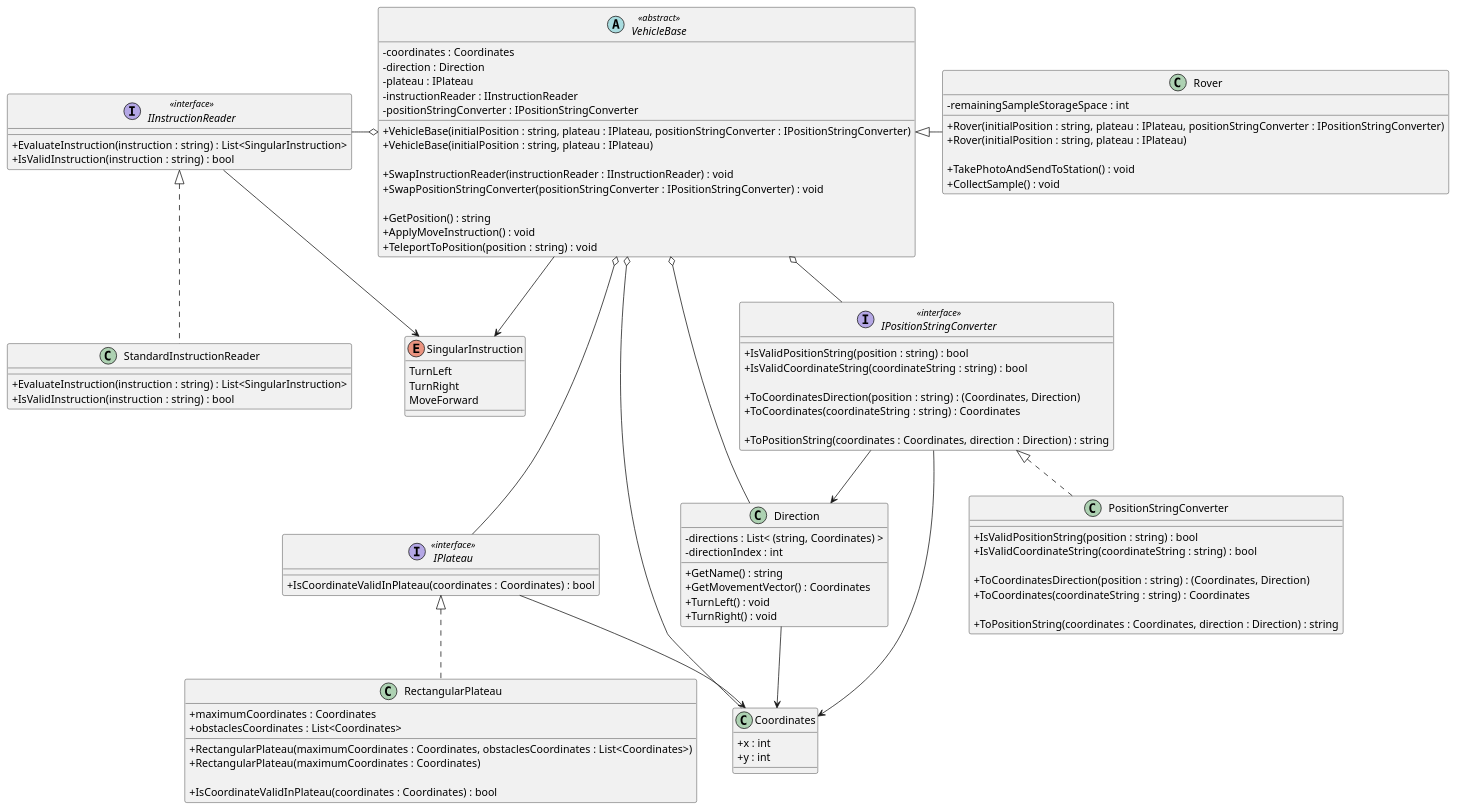
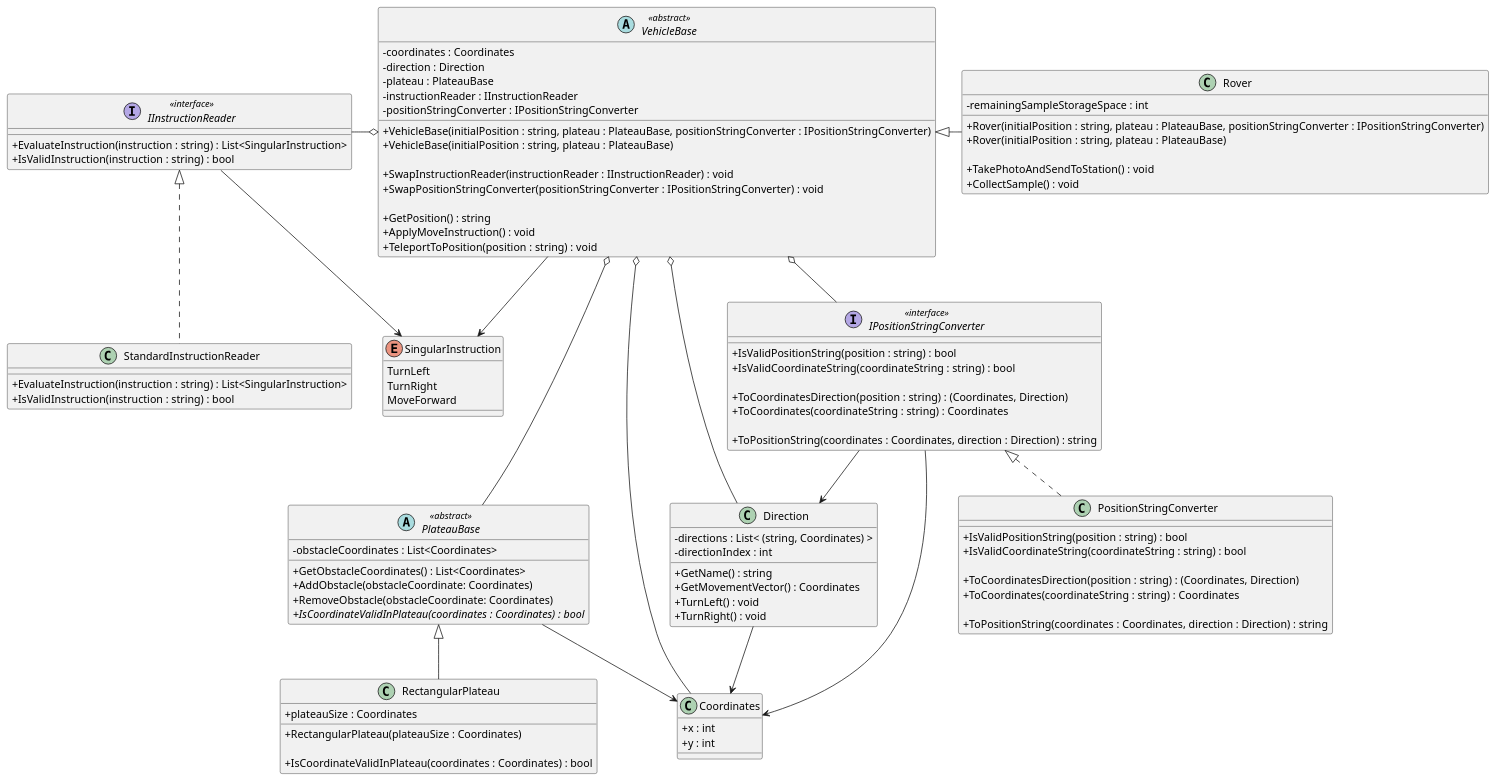
The diagram in puml/MarsRoverChallenge.puml (iamfranco/MarsRoverChallenge), drawn with PlantUML before and after one commit. The commit also changed 1 other file, not shown here.

Commit message:
UML: change IPlateau from interface to abstract class, and move obstacle related members into it

```diff
--- a/puml/MarsRoverChallenge.puml
+++ b/puml/MarsRoverChallenge.puml
@@ -1,129 +1,132 @@
 @startuml "Mars Rover Challenge"
 skinparam classAttributeIconSize 0
 
 interface IInstructionReader <<interface>>
 {
   + EvaluateInstruction(instruction : string) : List<SingularInstruction>
   + IsValidInstruction(instruction : string) : bool
 }
 
 enum SingularInstruction
 {
   TurnLeft
   TurnRight
   MoveForward
 }
 
 class StandardInstructionReader
 {
   + EvaluateInstruction(instruction : string) : List<SingularInstruction>
   + IsValidInstruction(instruction : string) : bool
 }
 
-interface IPlateau <<interface>>
+abstract PlateauBase <<abstract>>
 {
-  + IsCoordinateValidInPlateau(coordinates : Coordinates) : bool
+  - obstacleCoordinates : List<Coordinates>
+
+  + GetObstacleCoordinates() : List<Coordinates>
+  + AddObstacle(obstacleCoordinate: Coordinates)
+  + RemoveObstacle(obstacleCoordinate: Coordinates)
+  {abstract} + IsCoordinateValidInPlateau(coordinates : Coordinates) : bool
 }
 
 class RectangularPlateau
 {
-  + maximumCoordinates : Coordinates
-  + obstaclesCoordinates : List<Coordinates>
+  + plateauSize : Coordinates
 
-  + RectangularPlateau(maximumCoordinates : Coordinates, obstaclesCoordinates : List<Coordinates>)
-  + RectangularPlateau(maximumCoordinates : Coordinates)
+  + RectangularPlateau(plateauSize : Coordinates)
 
   + IsCoordinateValidInPlateau(coordinates : Coordinates) : bool
 }
 
 class Coordinates
 {
   + x : int
   + y : int
 }
 
 class Direction
 {
   - directions : List< &#40;string, Coordinates&#41; >
   - directionIndex : int
 
   + GetName() : string
   + GetMovementVector() : Coordinates
   + TurnLeft() : void
   + TurnRight() : void
 }
 
 interface IPositionStringConverter <<interface>>
 {
   + IsValidPositionString(position : string) : bool
   + IsValidCoordinateString(coordinateString : string) : bool
 
   + ToCoordinatesDirection(position : string) : (Coordinates, Direction)
   + ToCoordinates(coordinateString : string) : Coordinates
 
   + ToPositionString(coordinates : Coordinates, direction : Direction) : string
 }
 
 class PositionStringConverter
 {
   + IsValidPositionString(position : string) : bool
   + IsValidCoordinateString(coordinateString : string) : bool
 
   + ToCoordinatesDirection(position : string) : (Coordinates, Direction)
   + ToCoordinates(coordinateString : string) : Coordinates
 
   + ToPositionString(coordinates : Coordinates, direction : Direction) : string
 }
 
 abstract VehicleBase <<abstract>>
 {
   - coordinates : Coordinates
   - direction : Direction
-  - plateau : IPlateau
+  - plateau : PlateauBase
   - instructionReader : IInstructionReader
   - positionStringConverter : IPositionStringConverter
 
-  + VehicleBase(initialPosition : string, plateau : IPlateau, positionStringConverter : IPositionStringConverter)
-  + VehicleBase(initialPosition : string, plateau : IPlateau)
+  + VehicleBase(initialPosition : string, plateau : PlateauBase, positionStringConverter : IPositionStringConverter)
+  + VehicleBase(initialPosition : string, plateau : PlateauBase)
 
   + SwapInstructionReader(instructionReader : IInstructionReader) : void
   + SwapPositionStringConverter(positionStringConverter : IPositionStringConverter) : void
   
   + GetPosition() : string
   + ApplyMoveInstruction() : void
   + TeleportToPosition(position : string) : void
 }
 
 class Rover
 {
   - remainingSampleStorageSpace : int
 
-  + Rover(initialPosition : string, plateau : IPlateau, positionStringConverter : IPositionStringConverter)
-  + Rover(initialPosition : string, plateau : IPlateau)
+  + Rover(initialPosition : string, plateau : PlateauBase, positionStringConverter : IPositionStringConverter)
+  + Rover(initialPosition : string, plateau : PlateauBase)
 
   + TakePhotoAndSendToStation() : void
   + CollectSample() : void
 }
 
 IInstructionReader -> SingularInstruction
 IInstructionReader <|.. StandardInstructionReader 
-IPlateau <|.. RectangularPlateau
+PlateauBase <|-- RectangularPlateau
 
 IPositionStringConverter <|.. PositionStringConverter
 
 VehicleBase <|-r- Rover
 
-IPlateau --> Coordinates
+PlateauBase --> Coordinates
 Direction --> Coordinates
 IPositionStringConverter --> Coordinates
 IPositionStringConverter --> Direction
 
 VehicleBase o-- Coordinates
 VehicleBase o-- Direction
-VehicleBase o--- IPlateau
+VehicleBase o--- PlateauBase
 VehicleBase o-l IInstructionReader
 VehicleBase o-- IPositionStringConverter
 
 VehicleBase --> SingularInstruction
 
 @enduml
```
